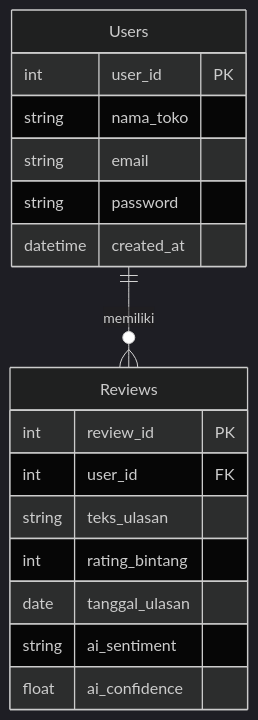
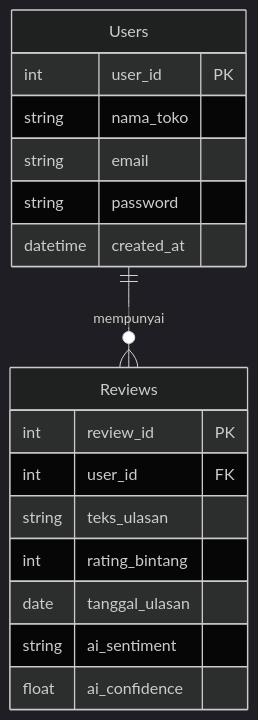
One commit to zaidanharith/sentexa changed the diagram in docs/diagrams/entity-relation.mmd. Above: the diagram before and after it, drawn with Mermaid (dark theme).

Commit message:
FIX: error render mmd CI

```diff
--- a/docs/diagrams/entity-relation.mmd
+++ b/docs/diagrams/entity-relation.mmd
@@ -1,20 +1,20 @@
 erDiagram
     Users {
         int user_id PK
         string nama_toko
         string email
         string password
         datetime created_at
     }
 
     Reviews {
         int review_id PK
         int user_id FK
         string teks_ulasan
         int rating_bintang
         date tanggal_ulasan
         string ai_sentiment
         float ai_confidence
     }
 
-    Users ||--o{ Reviews : "memiliki"
+    Users ||--o{ Reviews : "mempunyai"
```
